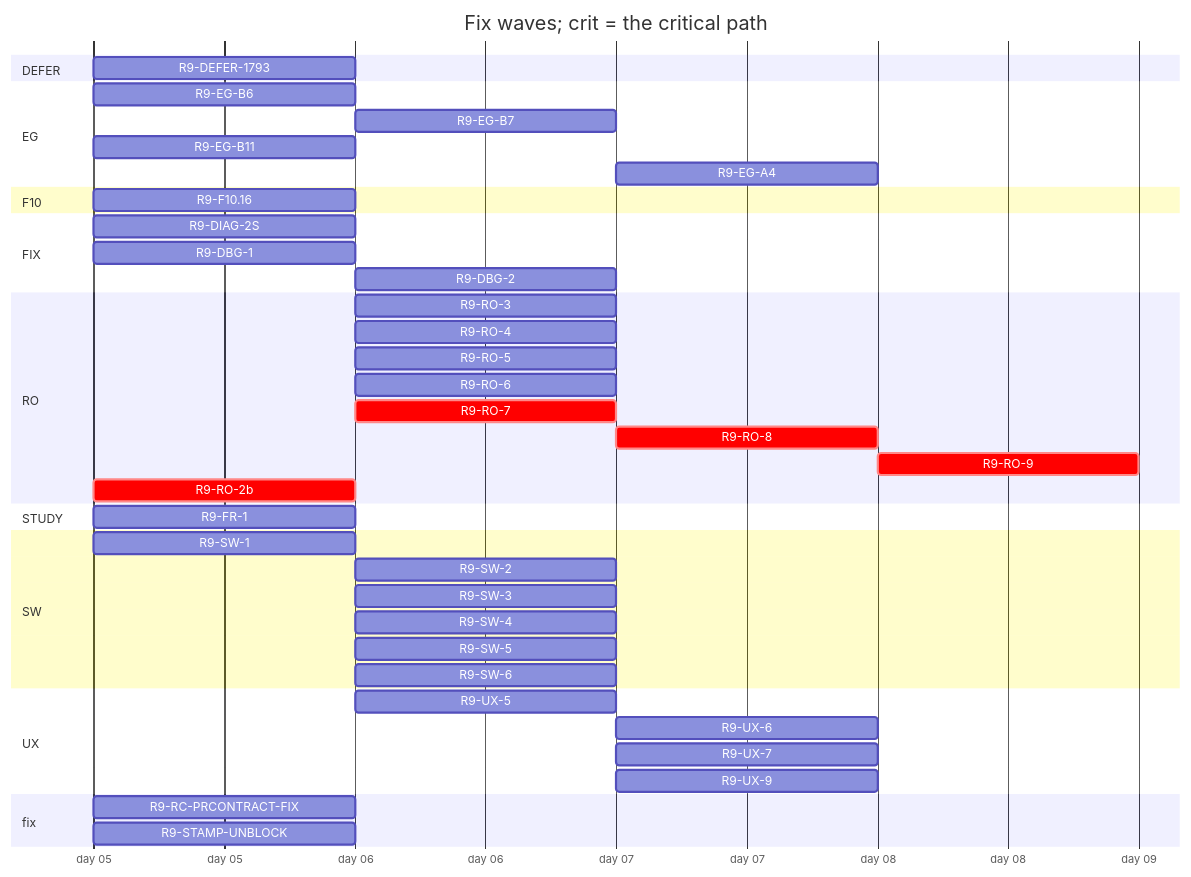
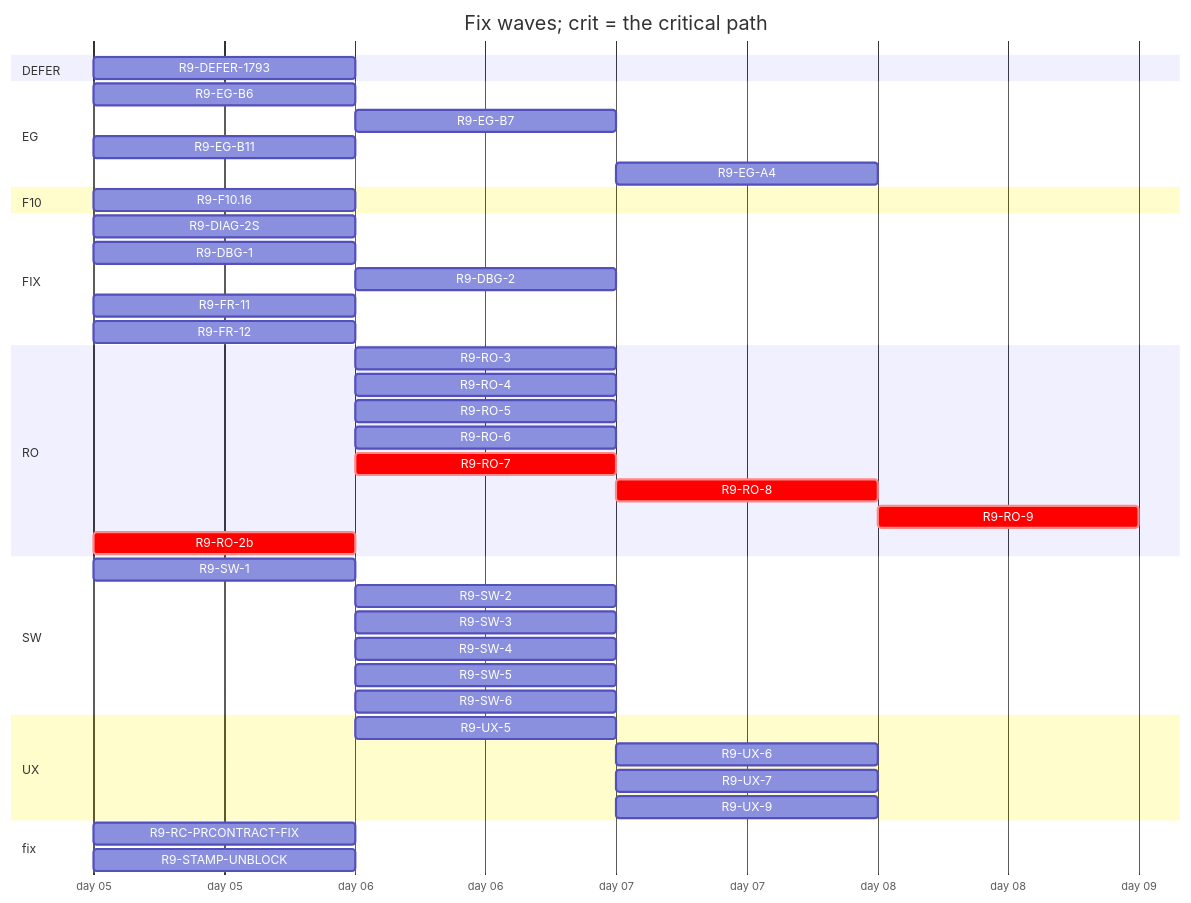
Before and after one commit to tvofi/heatpump_optimizer: the diagram in handoff/round9/state/PLAN-TABLE.md, drawn with Mermaid. The commit also changed other lines of this file and 2 other files, not shown here.

Commit message:
state: roster after the friction pre-study folds

````diff
--- a/handoff/round9/state/PLAN-TABLE.md
+++ b/handoff/round9/state/PLAN-TABLE.md
@@ -22,45 +21,45 @@
 ```mermaid
 gantt
   title Fix waves; crit = the critical path
   dateFormat YYYY-MM-DD
   axisFormat day %d
   section DEFER
     R9-DEFER-1793 :r9DEFER1793, 2026-01-05, 1d
   section EG
     R9-EG-B6 :r9EGB6, 2026-01-05, 1d
     R9-EG-B7 :r9EGB7, after r9EGB6, 1d
     R9-EG-B11 :r9EGB11, 2026-01-05, 1d
     R9-EG-A4 :r9EGA4, after r9EGB7 r9EGB11, 1d
   section F10
     R9-F10.16 :r9F1016, 2026-01-05, 1d
   section FIX
     R9-DIAG-2S :r9DIAG2S, 2026-01-05, 1d
     R9-DBG-1 :r9DBG1, 2026-01-05, 1d
     R9-DBG-2 :r9DBG2, after r9DBG1, 1d
+    R9-FR-11 :r9FR11, 2026-01-05, 1d
+    R9-FR-12 :r9FR12, 2026-01-05, 1d
   section RO
     R9-RO-3 :r9RO3, after r9RO2b, 1d
     R9-RO-4 :r9RO4, after r9RO2b, 1d
     R9-RO-5 :r9RO5, after r9RO2b, 1d
-    R9-RO-6 :r9RO6, after r9RO2b, 1d
+    R9-RO-6 :r9RO6, after r9RO2b r9FR11 r9FR12, 1d
     R9-RO-7 :crit, r9RO7, after r9RO2b, 1d
     R9-RO-8 :crit, r9RO8, after r9RO2b r9RO7, 1d
     R9-RO-9 :crit, r9RO9, after r9RO3 r9RO4 r9RO5 r9RO6 r9RO8 r9EGA4 r9SW4 r9UX5 r9UX6 r9UX7, 1d
     R9-RO-2b :crit, r9RO2b, 2026-01-05, 1d
-  section STUDY
-    R9-FR-1 :r9FR1, 2026-01-05, 1d
   section SW
     R9-SW-1 :r9SW1, 2026-01-05, 1d
     R9-SW-2 :r9SW2, after r9SW1 r9EGB6, 1d
     R9-SW-3 :r9SW3, after r9SW1, 1d
     R9-SW-4 :r9SW4, after r9SW1, 1d
     R9-SW-5 :r9SW5, after r9EGB6, 1d
     R9-SW-6 :r9SW6, after r9SW1, 1d
   section UX
     R9-UX-5 :r9UX5, after r9EGB6 r9SW1, 1d
     R9-UX-6 :r9UX6, after r9EGB7 r9EGB11 r9UX5, 1d
     R9-UX-7 :r9UX7, after r9EGB6 r9EGB11 r9UX5, 1d
     R9-UX-9 :r9UX9, after r9SW6, 1d
   section fix
     R9-RC-PRCONTRACT-FIX :r9RCPRCONTRACTFIX, 2026-01-05, 1d
     R9-STAMP-UNBLOCK :r9STAMPUNBLOCK, 2026-01-05, 1d
 ```
````
